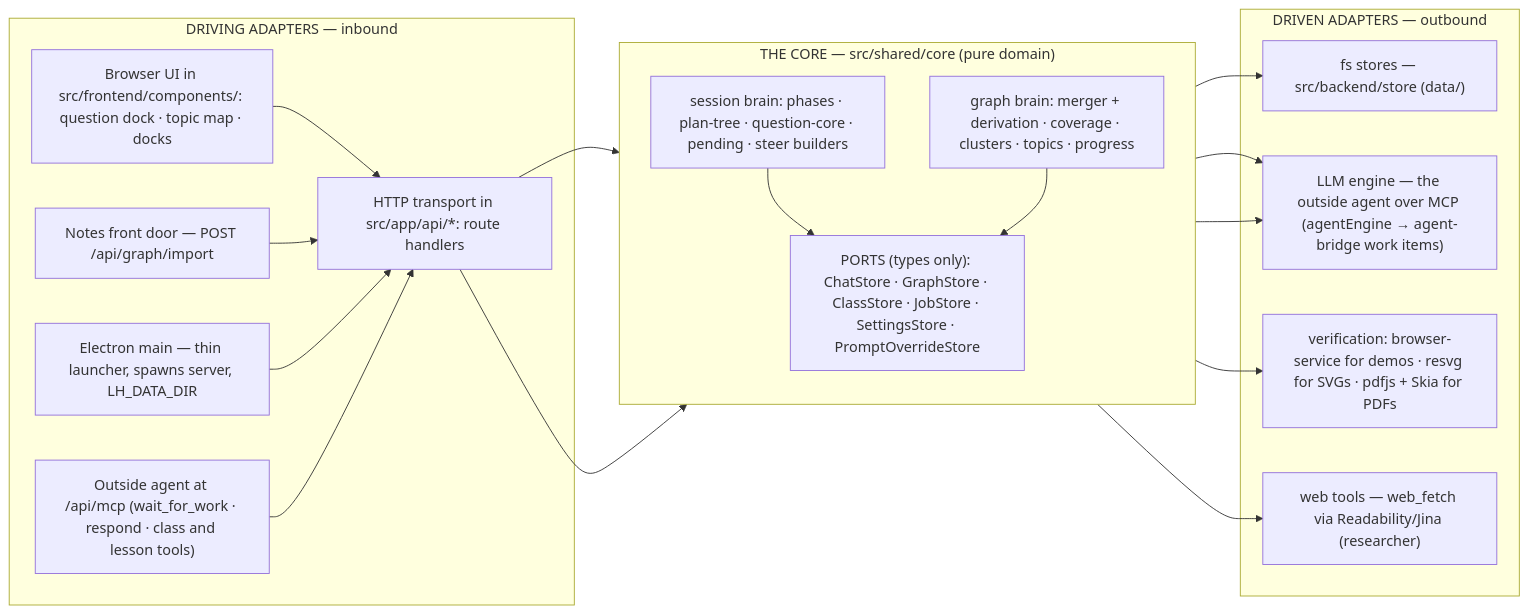
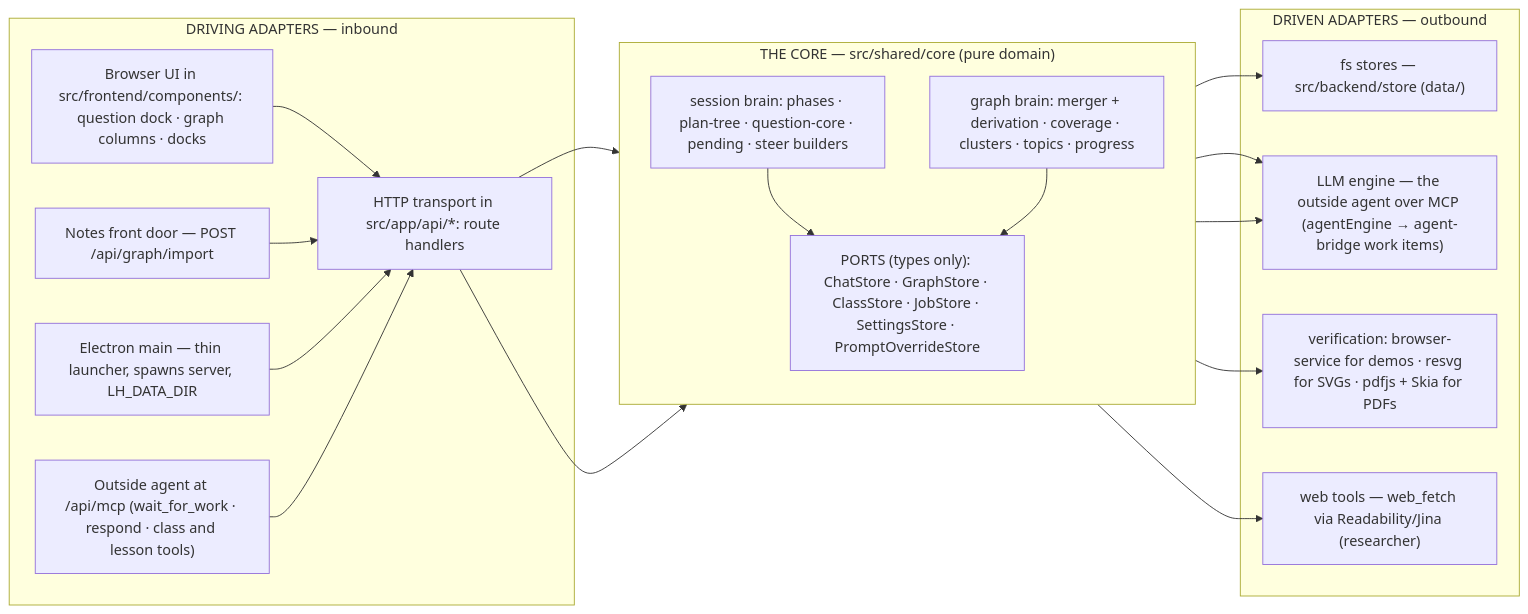
Before and after one commit to bayshores/godspeed: the second of 7 diagrams in docs/architecture.md, drawn with Mermaid. The commit also changed other lines of this file and 81 other files, not shown here.

First line of the commit message:
feat: one chat box in lessons, the graph as level columns with fact detail, and homework mode

````diff
--- a/docs/architecture.md
+++ b/docs/architecture.md
@@ -171,38 +171,38 @@
 ```mermaid
 flowchart LR
     subgraph DRIVING["DRIVING ADAPTERS — inbound"]
-        BROWSER["Browser UI in src/frontend/components/: question dock · topic map · docks"]
+        BROWSER["Browser UI in src/frontend/components/: question dock · graph columns · docks"]
         HTTP["HTTP transport in src/app/api/*: route handlers"]
         MCPIN["Outside agent at /api/mcp (wait_for_work · respond · class and lesson tools)"]
         NOTES["Notes front door — POST /api/graph/import"]
         ELEC["Electron main — thin launcher, spawns server, LH_DATA_DIR"]
     end
 
     subgraph HEXCORE["THE CORE — src/shared/core (pure domain)"]
         direction TB
         SESS["session brain: phases · plan-tree · question-core · pending · steer builders"]
         GBRAIN["graph brain: merger + derivation · coverage · clusters · topics · progress"]
         PORTSBOX["PORTS (types only): ChatStore · GraphStore · ClassStore · JobStore · SettingsStore · PromptOverrideStore"]
     end
 
     subgraph DRIVEN["DRIVEN ADAPTERS — outbound"]
         FS["fs stores — src/backend/store (data/)"]
         LLM["LLM engine — the outside agent over MCP (agentEngine → agent-bridge work items)"]
         HEAD["verification: browser-service for demos · resvg for SVGs · pdfjs + Skia for PDFs"]
         WEB["web tools — web_fetch via Readability/Jina (researcher)"]
     end
 
     BROWSER --> HTTP
     NOTES --> HTTP
     ELEC --> HTTP
     MCPIN --> HTTP
     HTTP --> SESS
     HTTP --> GBRAIN
     SESS --> PORTSBOX
     GBRAIN --> PORTSBOX
     PORTSBOX --> FS
     SESS --> LLM
     GBRAIN --> LLM
     SESS --> HEAD
     SESS --> WEB
 ```
````
